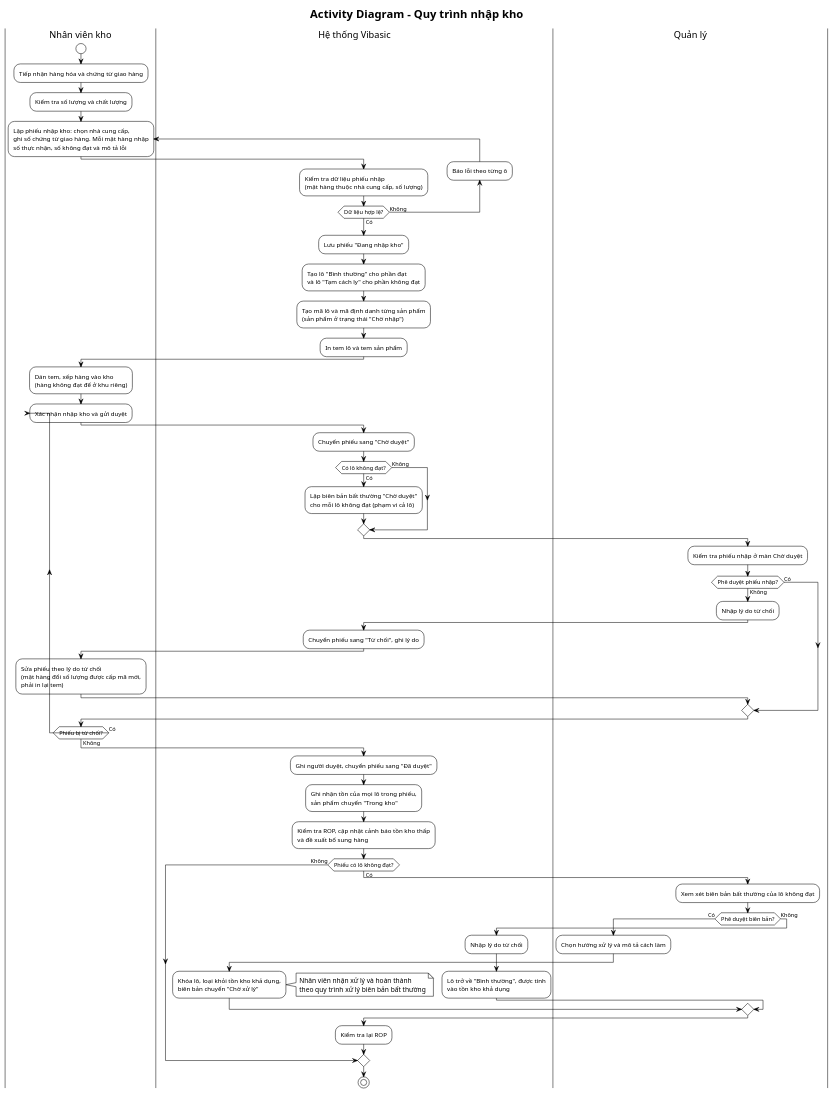
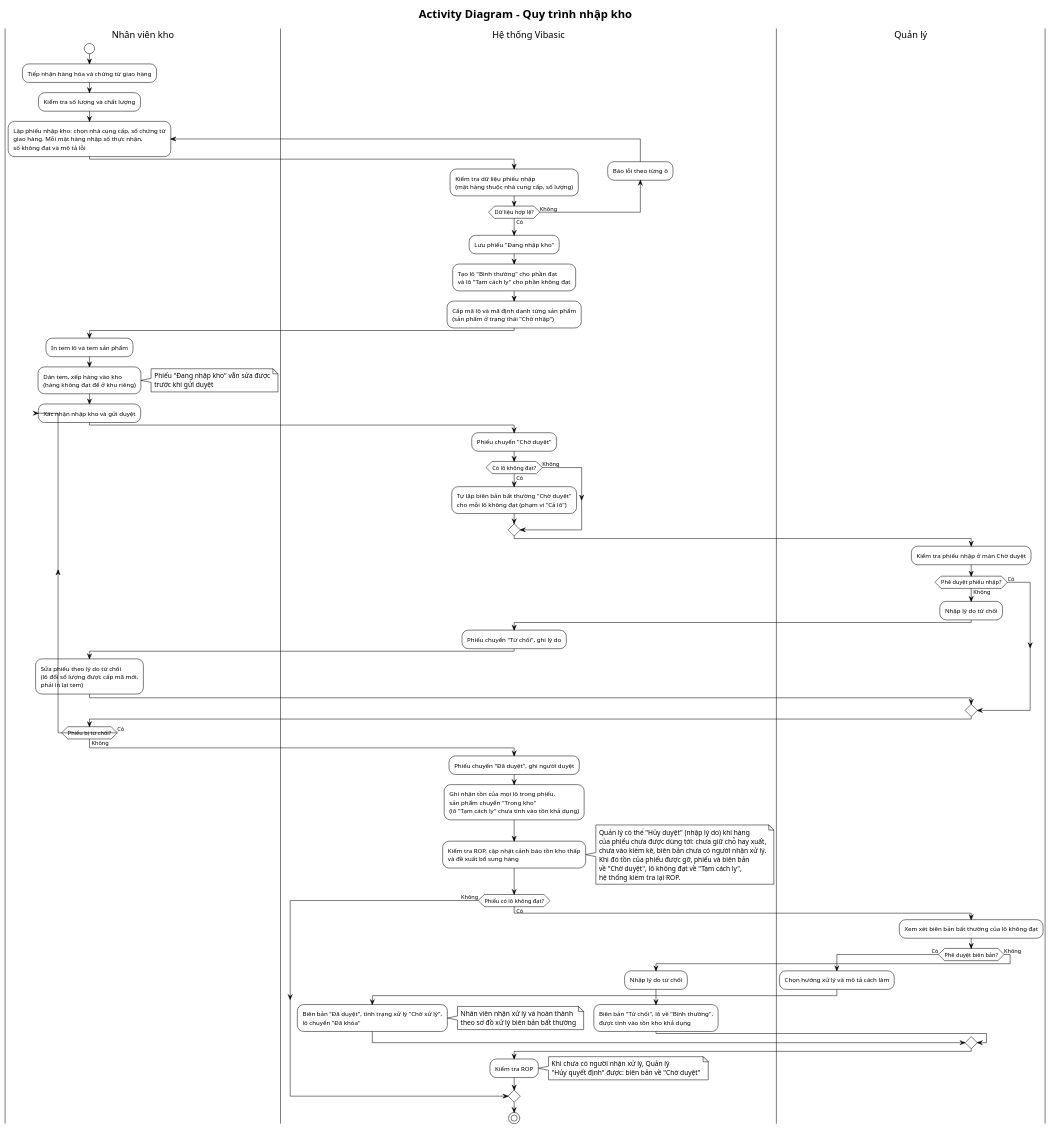
The diagram in docs/so-do-hoat-dong-nhap-kho.puml (Blessindisguise/vibasic), drawn with PlantUML before and after one commit. The commit also changed 29 other files, not shown here.

First line of the commit message:
Lấy hàng có nút Bỏ lấy; hộp xác nhận chặn bấm đúp; sơ đồ hoạt động hủy đơn

```diff
--- a/docs/so-do-hoat-dong-nhap-kho.puml
+++ b/docs/so-do-hoat-dong-nhap-kho.puml
@@ -1,87 +1,102 @@
 @startuml
 !theme plain
 title Activity Diagram - Quy trình nhập kho
 
 |Nhân viên kho|
 |Hệ thống Vibasic|
 |Quản lý|
 
 |Nhân viên kho|
 start
 :Tiếp nhận hàng hóa và chứng từ giao hàng;
 :Kiểm tra số lượng và chất lượng;
 
-repeat :Lập phiếu nhập kho: chọn nhà cung cấp,\nghi số chứng từ giao hàng. Mỗi mặt hàng nhập\nsố thực nhận, số không đạt và mô tả lỗi;
+repeat :Lập phiếu nhập kho: chọn nhà cung cấp, số chứng từ\ngiao hàng. Mỗi mặt hàng nhập số thực nhận,\nsố không đạt và mô tả lỗi;
   |Hệ thống Vibasic|
   :Kiểm tra dữ liệu phiếu nhập
   (mặt hàng thuộc nhà cung cấp, số lượng);
 backward :Báo lỗi theo từng ô;
 repeat while (Dữ liệu hợp lệ?) is (Không) not (Có)
 
 :Lưu phiếu "Đang nhập kho";
 :Tạo lô "Bình thường" cho phần đạt
 và lô "Tạm cách ly" cho phần không đạt;
-:Tạo mã lô và mã định danh từng sản phẩm
+:Cấp mã lô và mã định danh từng sản phẩm
 (sản phẩm ở trạng thái "Chờ nhập");
-:In tem lô và tem sản phẩm;
 
 |Nhân viên kho|
+:In tem lô và tem sản phẩm;
 :Dán tem, xếp hàng vào kho
 (hàng không đạt để ở khu riêng);
+note right
+  Phiếu "Đang nhập kho" vẫn sửa được
+  trước khi gửi duyệt
+end note
 
 repeat :Xác nhận nhập kho và gửi duyệt;
   |Hệ thống Vibasic|
-  :Chuyển phiếu sang "Chờ duyệt";
+  :Phiếu chuyển "Chờ duyệt";
   if (Có lô không đạt?) then (Có)
-    :Lập biên bản bất thường "Chờ duyệt"
-    cho mỗi lô không đạt (phạm vi cả lô);
+    :Tự lập biên bản bất thường "Chờ duyệt"
+    cho mỗi lô không đạt (phạm vi "Cả lô");
   else (Không)
   endif
   |Quản lý|
   :Kiểm tra phiếu nhập ở màn Chờ duyệt;
   if (Phê duyệt phiếu nhập?) then (Có)
   else (Không)
     :Nhập lý do từ chối;
     |Hệ thống Vibasic|
-    :Chuyển phiếu sang "Từ chối", ghi lý do;
+    :Phiếu chuyển "Từ chối", ghi lý do;
     |Nhân viên kho|
     :Sửa phiếu theo lý do từ chối
-    (mặt hàng đổi số lượng được cấp mã mới,
+    (lô đổi số lượng được cấp mã mới,
     phải in lại tem);
   endif
   |Nhân viên kho|
 repeat while (Phiếu bị từ chối?) is (Có) not (Không)
 
 |Hệ thống Vibasic|
-:Ghi người duyệt, chuyển phiếu sang "Đã duyệt";
+:Phiếu chuyển "Đã duyệt", ghi người duyệt;
 :Ghi nhận tồn của mọi lô trong phiếu,
-sản phẩm chuyển "Trong kho";
+sản phẩm chuyển "Trong kho"
+(lô "Tạm cách ly" chưa tính vào tồn khả dụng);
 :Kiểm tra ROP, cập nhật cảnh báo tồn kho thấp
 và đề xuất bổ sung hàng;
+note right
+  Quản lý có thể "Hủy duyệt" (nhập lý do) khi hàng
+  của phiếu chưa được dùng tới: chưa giữ chỗ hay xuất,
+  chưa vào kiểm kê, biên bản chưa có người nhận xử lý.
+  Khi đó tồn của phiếu được gỡ, phiếu và biên bản
+  về "Chờ duyệt", lô không đạt về "Tạm cách ly",
+  hệ thống kiểm tra lại ROP.
+end note
 
 if (Phiếu có lô không đạt?) then (Có)
   |Quản lý|
   :Xem xét biên bản bất thường của lô không đạt;
   if (Phê duyệt biên bản?) then (Có)
     :Chọn hướng xử lý và mô tả cách làm;
     |Hệ thống Vibasic|
-    :Khóa lô, loại khỏi tồn kho khả dụng,
-    biên bản chuyển "Chờ xử lý";
+    :Biên bản "Đã duyệt", tình trạng xử lý "Chờ xử lý",
+    lô chuyển "Đã khóa";
     note right
       Nhân viên nhận xử lý và hoàn thành
-      theo quy trình xử lý biên bản bất thường
+      theo sơ đồ xử lý biên bản bất thường
     end note
   else (Không)
     :Nhập lý do từ chối;
     |Hệ thống Vibasic|
-    :Lô trở về "Bình thường", được tính
-    vào tồn kho khả dụng;
+    :Biên bản "Từ chối", lô về "Bình thường",
+    được tính vào tồn kho khả dụng;
   endif
-  |Hệ thống Vibasic|
-  :Kiểm tra lại ROP;
+  :Kiểm tra ROP;
+  note right
+    Khi chưa có người nhận xử lý, Quản lý
+    "Hủy quyết định" được: biên bản về "Chờ duyệt"
+  end note
 else (Không)
 endif
 
-|Hệ thống Vibasic|
 stop
 @enduml
```
